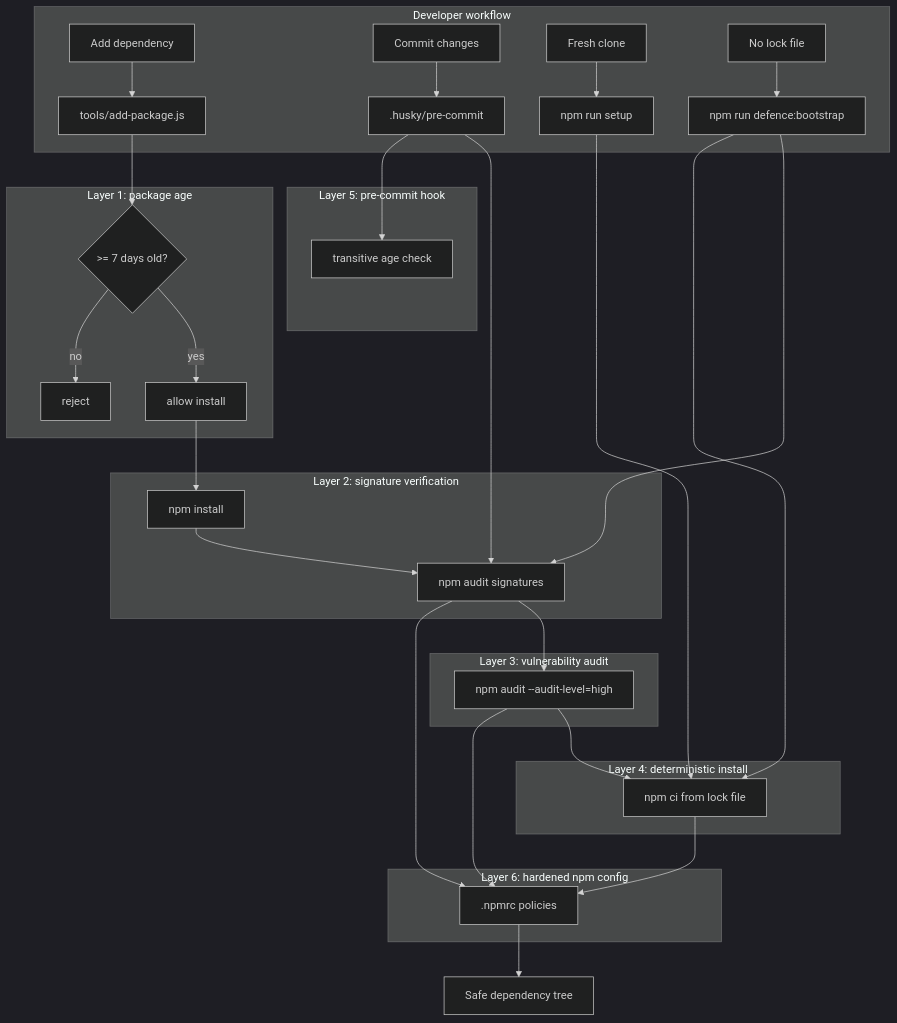
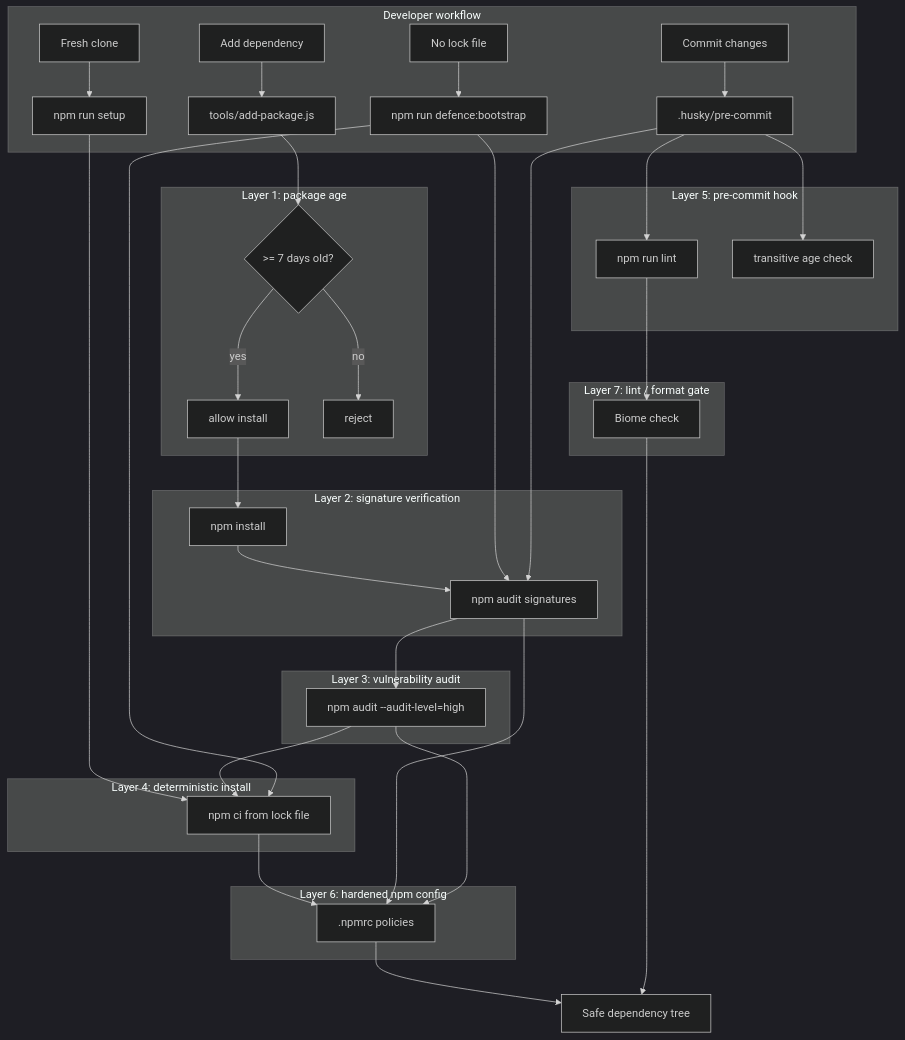
One commit to adrianoenache/learn-supply-chain-attack-defence changed the diagram in docs/en/security/index.md. Above: the diagram before and after it, drawn with Mermaid (dark theme). The commit also changed other lines of this file and 18 other files, not shown here.

Commit message:
feat: add architecture and tools documentation; enhance README with quick links and project structure

````diff
--- a/docs/en/security/index.md
+++ b/docs/en/security/index.md
@@ -7,45 +7,51 @@
 ```mermaid
 flowchart TD
     subgraph Developer["Developer workflow"]
         A[Add dependency] --> B[tools/add-package.js]
         C[Commit changes] --> D[.husky/pre-commit]
         E[Fresh clone] --> F[npm run setup]
         Z[No lock file] --> Y[npm run defence:bootstrap]
     end
 
     subgraph Layer1["Layer 1: package age"]
         B --> G{>= 7 days old?}
         G -->|yes| H[allow install]
         G -->|no| I[reject]
     end
 
     H --> J[npm install]
 
     subgraph Layer2["Layer 2: signature verification"]
         J --> K[npm audit signatures]
         Y --> K
     end
 
     subgraph Layer3["Layer 3: vulnerability audit"]
         K --> L[npm audit --audit-level=high]
     end
 
     subgraph Layer4["Layer 4: deterministic install"]
         F --> M[npm ci from lock file]
         L --> M
         Y --> M
     end
 
     subgraph Layer5["Layer 5: pre-commit hook"]
+        D --> Q[npm run lint]
         D --> K
         D --> N[transitive age check]
     end
 
     subgraph Layer6["Layer 6: hardened npm config"]
         M --> O[.npmrc policies]
         K --> O
         L --> O
     end
 
+    subgraph Layer7["Layer 7: lint / format gate"]
+        Q --> R[Biome check]
+    end
+
     O --> P[Safe dependency tree]
+    R --> P
 ```
````
